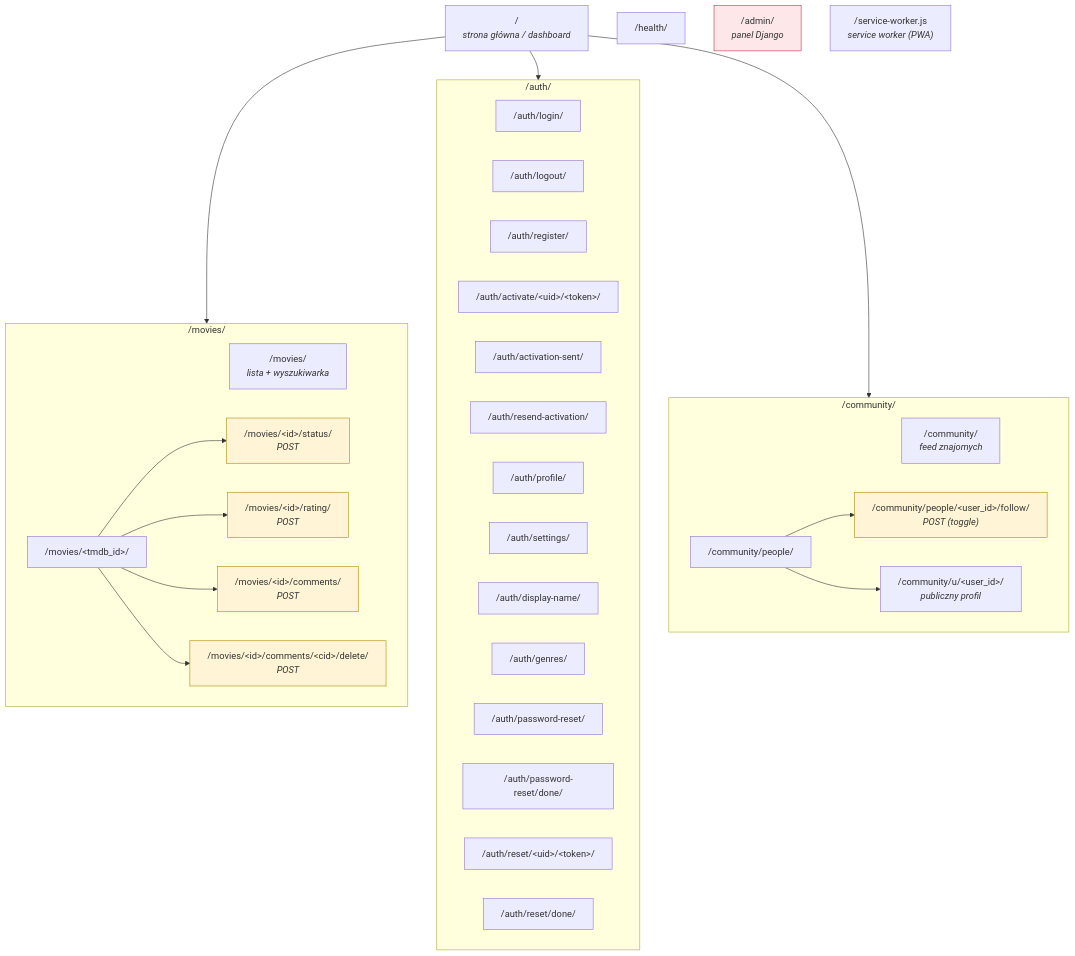
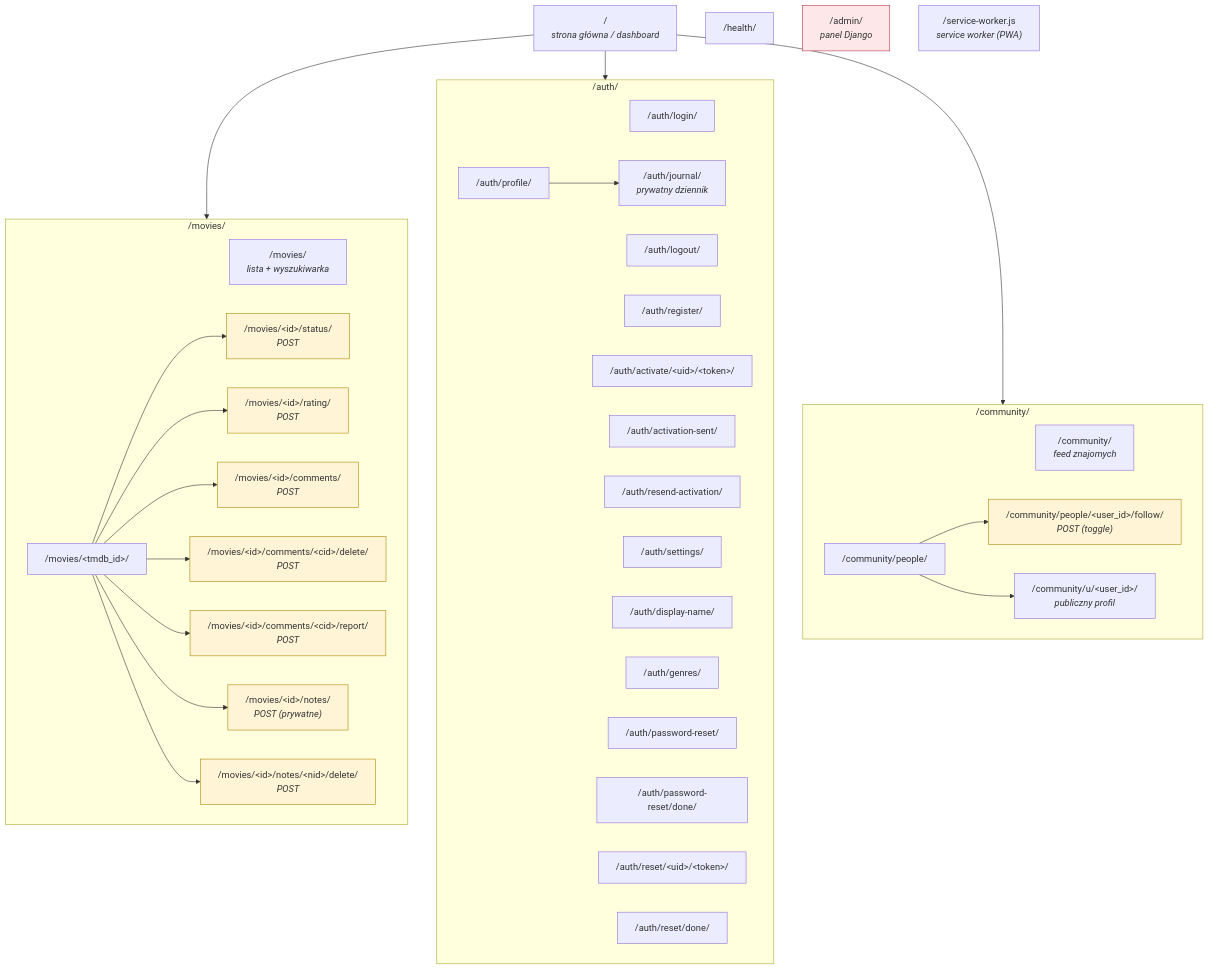
One commit to agatav13/aster changed the diagram in docs/ux/sitemap.md. Above: the diagram before and after it, drawn with Mermaid. The commit also changed 4 other files, not shown here.

````diff
--- a/docs/ux/sitemap.md
+++ b/docs/ux/sitemap.md
@@ -8,57 +8,68 @@
 ```mermaid
 graph TD
     root["/<br/><i>strona główna / dashboard</i>"]
     health["/health/"]
     admin["/admin/<br/><i>panel Django</i>"]
     sw["/service-worker.js<br/><i>service worker (PWA)</i>"]
 
     subgraph Auth["/auth/"]
       login["/auth/login/"]
       logout["/auth/logout/"]
       register["/auth/register/"]
       activate["/auth/activate/&lt;uid&gt;/&lt;token&gt;/"]
       activation_sent["/auth/activation-sent/"]
       resend["/auth/resend-activation/"]
       profile["/auth/profile/"]
       settings["/auth/settings/"]
       display_name["/auth/display-name/"]
       genres["/auth/genres/"]
+      journal["/auth/journal/<br/><i>prywatny dziennik</i>"]
       pwreset["/auth/password-reset/"]
       pwreset_done["/auth/password-reset/done/"]
       pwreset_confirm["/auth/reset/&lt;uid&gt;/&lt;token&gt;/"]
       pwreset_complete["/auth/reset/done/"]
     end
 
     subgraph Movies["/movies/"]
       list["/movies/<br/><i>lista + wyszukiwarka</i>"]
       detail["/movies/&lt;tmdb_id&gt;/"]
       status_act["/movies/&lt;id&gt;/status/<br/><i>POST</i>"]
       rating_act["/movies/&lt;id&gt;/rating/<br/><i>POST</i>"]
       comment_create["/movies/&lt;id&gt;/comments/<br/><i>POST</i>"]
       comment_del["/movies/&lt;id&gt;/comments/&lt;cid&gt;/delete/<br/><i>POST</i>"]
+      comment_report["/movies/&lt;id&gt;/comments/&lt;cid&gt;/report/<br/><i>POST</i>"]
+      note_create["/movies/&lt;id&gt;/notes/<br/><i>POST (prywatne)</i>"]
+      note_del["/movies/&lt;id&gt;/notes/&lt;nid&gt;/delete/<br/><i>POST</i>"]
     end
 
     subgraph Community["/community/"]
       feed["/community/<br/><i>feed znajomych</i>"]
       people["/community/people/"]
       profile_pub["/community/u/&lt;user_id&gt;/<br/><i>publiczny profil</i>"]
       follow_act["/community/people/&lt;user_id&gt;/follow/<br/><i>POST (toggle)</i>"]
     end
 
     root --> Movies
     root --> Auth
     root --> Community
     detail --> status_act
     detail --> rating_act
     detail --> comment_create
     detail --> comment_del
+    detail --> comment_report
+    detail --> note_create
+    detail --> note_del
+    profile --> journal
     people --> follow_act
     people --> profile_pub
 
     style admin fill:#fde7e9,stroke:#c4314b
     style status_act fill:#fff5d6,stroke:#b08800
     style rating_act fill:#fff5d6,stroke:#b08800
     style comment_create fill:#fff5d6,stroke:#b08800
     style comment_del fill:#fff5d6,stroke:#b08800
+    style comment_report fill:#fff5d6,stroke:#b08800
+    style note_create fill:#fff5d6,stroke:#b08800
+    style note_del fill:#fff5d6,stroke:#b08800
     style follow_act fill:#fff5d6,stroke:#b08800
 ```
````
